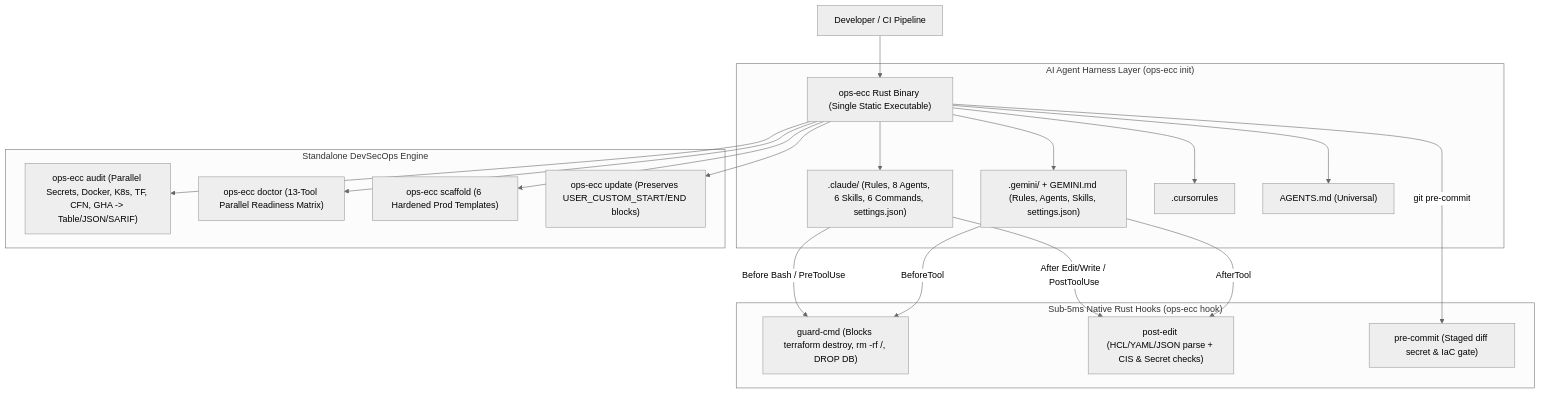
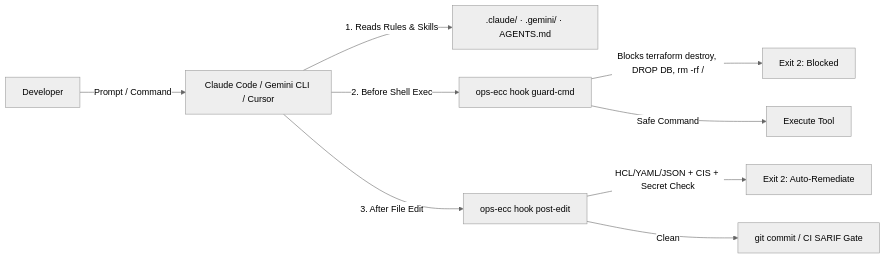
Before and after one commit to bilal-talha-dev/ops-ecc: the diagram in README.md, drawn with Mermaid (neutral theme). The commit also changed other lines of this file, not shown here.

Commit message:
docs: polish README in ECC style and add comprehensive docs/ guides

````diff
--- a/README.md
+++ b/README.md
@@ -37,26 +76,11 @@
 ```mermaid
-flowchart TB
-    User["Developer / CI Pipeline"] --> CLI["ops-ecc Rust Binary (Single Static Executable)"]
-
-    subgraph Harness["AI Agent Harness Layer (ops-ecc init)"]
-        CLI --> Claude[".claude/ (Rules, 8 Agents, 6 Skills, 6 Commands, settings.json)"]
-        CLI --> Gemini[".gemini/ + GEMINI.md (Rules, Agents, Skills, settings.json)"]
-        CLI --> Cursor[".cursorrules"]
-        CLI --> AgentsMD["AGENTS.md (Universal)"]
-    end
-
-    subgraph Hooks["Sub-5ms Native Rust Hooks (ops-ecc hook)"]
-        Claude -->|"Before Bash / PreToolUse"| Guard["guard-cmd (Blocks terraform destroy, rm -rf /, DROP DB)"]
-        Gemini -->|"BeforeTool"| Guard
-        Claude -->|"After Edit/Write / PostToolUse"| PostEdit["post-edit (HCL/YAML/JSON parse + CIS & Secret checks)"]
-        Gemini -->|"AfterTool"| PostEdit
-        CLI -->|"git pre-commit"| PreCommit["pre-commit (Staged diff secret & IaC gate)"]
-    end
-
-    subgraph Engine["Standalone DevSecOps Engine"]
-        CLI --> Audit["ops-ecc audit (Parallel Secrets, Docker, K8s, TF, CFN, GHA -> Table/JSON/SARIF)"]
-        CLI --> Doctor["ops-ecc doctor (13-Tool Parallel Readiness Matrix)"]
-        CLI --> Scaffold["ops-ecc scaffold (6 Hardened Prod Templates)"]
-        CLI --> Update["ops-ecc update (Preserves USER_CUSTOM_START/END blocks)"]
-    end
+flowchart LR
+    Dev["Developer"] -->|"Prompt / Command"| Agent["Claude Code / Gemini CLI / Cursor"]
+    Agent -->|"1. Reads Rules & Skills"| Harness[".claude/ · .gemini/ · AGENTS.md"]
+    Agent -->|"2. Before Shell Exec"| Guard["ops-ecc hook guard-cmd"]
+    Guard -->|"Blocks terraform destroy, DROP DB, rm -rf /"| Blocked["Exit 2: Blocked"]
+    Guard -->|"Safe Command"| Exec["Execute Tool"]
+    Agent -->|"3. After File Edit"| PostEdit["ops-ecc hook post-edit"]
+    PostEdit -->|"HCL/YAML/JSON + CIS + Secret Check"| Fix["Exit 2: Auto-Remediate"]
+    PostEdit -->|"Clean"| Commit["git commit / CI SARIF Gate"]
 ```
````
